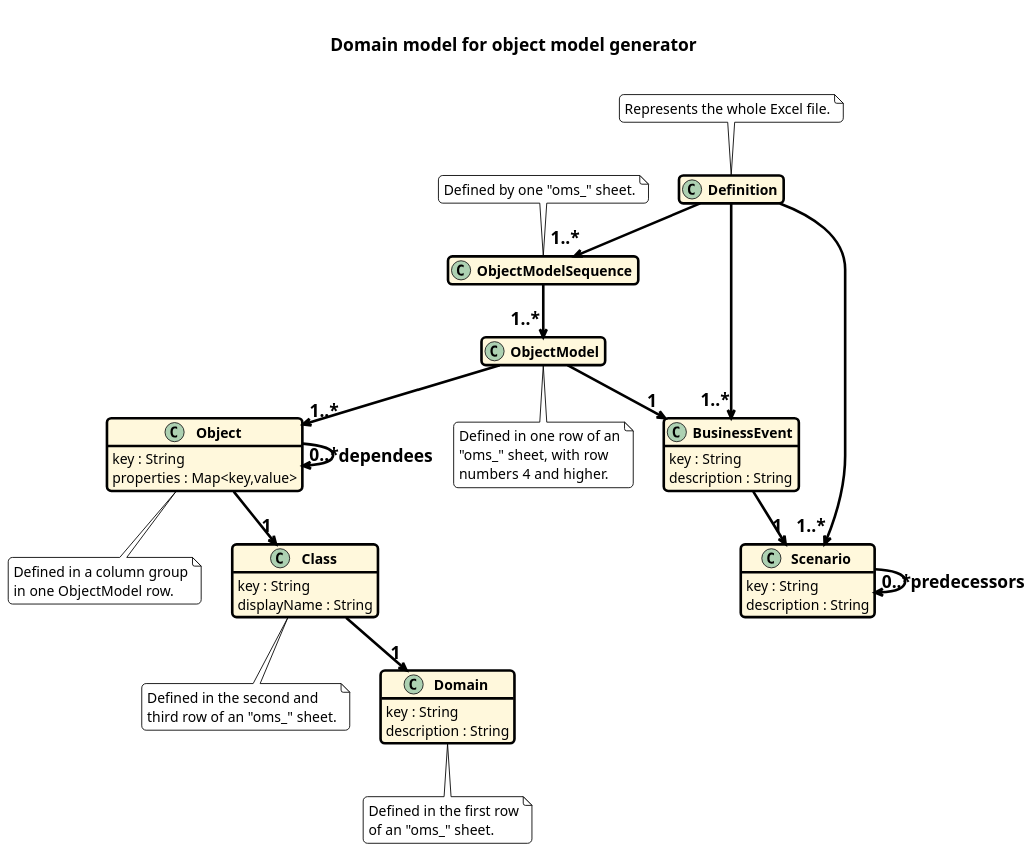
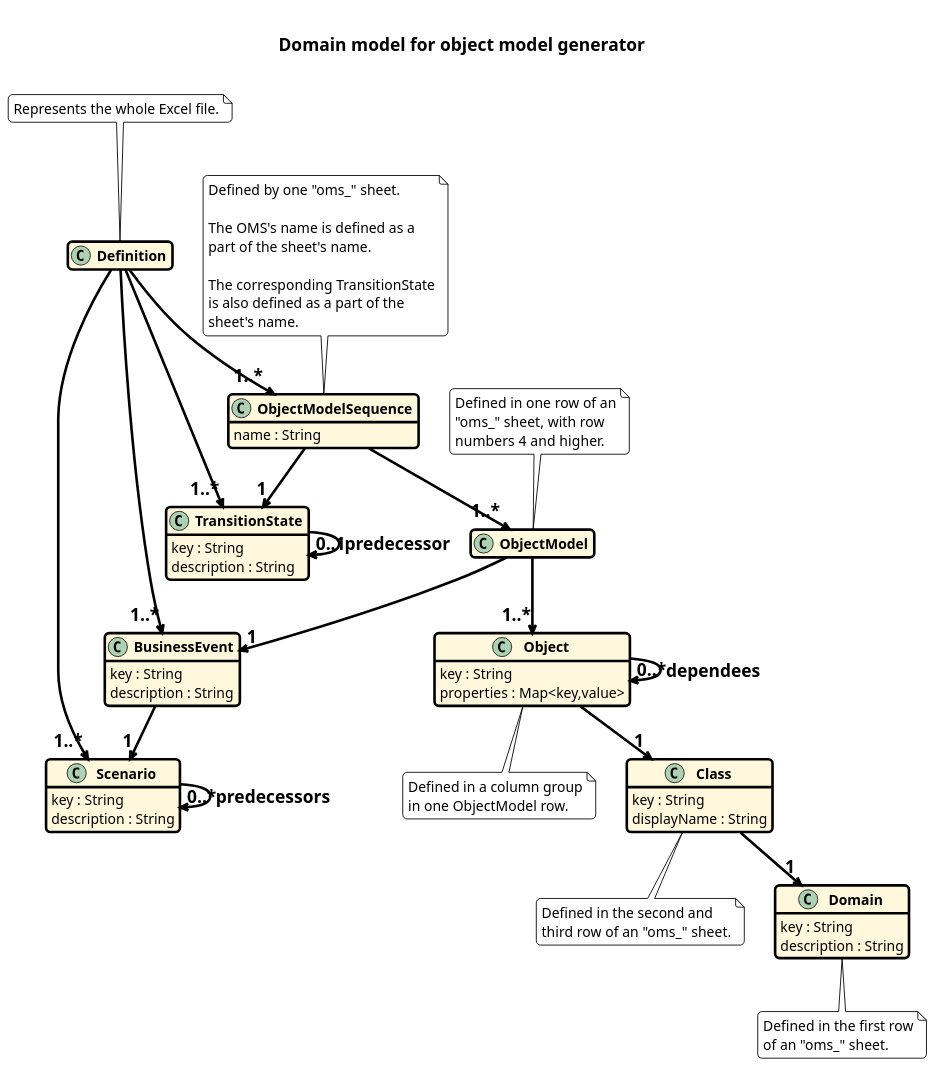
The diagram in src/main/resources/domainmodel.puml (martinleggewie/objectmodeldiagramgenerator), drawn with PlantUML before and after one commit. The commit also changed 5 other files, not shown here.

Commit message:
add transition state to domain model

```diff
--- a/src/main/resources/domainmodel.puml
+++ b/src/main/resources/domainmodel.puml
@@ -2,114 +2,131 @@
 @startuml domainmodel
 
 top to bottom direction
 'left to right direction
 
 skinparam shadowing false
 skinparam componentStyle uml2
 
 skinparam roundCorner 10
 
 skinparam classBackgroundColor #cornsilk
 skinparam classBorderColor #black
 skinparam classBorderThickness 3
 skinparam classFontSize 20
 skinparam classFontStyle bold
 skinparam classAttributeFontSize 16
 
 skinparam arrowColor #black
 skinparam arrowFontSize 20
 skinparam arrowFontStyle bold
 skinparam arrowThickness 3
 
 skinparam noteBackgroundColor #white
 skinparam noteBorderColor #black
 skinparam noteBorderThickness 1
 skinparam noteFontSize 16
 
 skinparam rectangleRoundCorner 20
 
 skinparam titleFontSize 20
 skinparam titleFontStyle bold
 
 
 hide empty members
 
 title \nDomain model for object model generator\n
 
 class " BusinessEvent " as BusinessEvent {
   key : String
   description : String
 }
 
 class " Class " as Class {
   key : String
   displayName : String
 }
 note bottom of Class
 Defined in the second and
 third row of an "oms_" sheet.
 end note
 
 class " Definition " as Definition {
 }
 note top of Definition
 Represents the whole Excel file.
 end note
 
 class " Domain " as Domain {
   key : String
   description : String
 }
 note bottom of Domain
 Defined in the first row
 of an "oms_" sheet.
 end note
 
 class " Object " as Object {
   key : String
   properties : Map<key,value>
 }
 note bottom of Object
 Defined in a column group
 in one ObjectModel row.
 end note
 
 class " ObjectModel " as ObjectModel {
 }
-note bottom of ObjectModel
+note top of ObjectModel
 Defined in one row of an
 "oms_" sheet, with row
 numbers 4 and higher.
 end note
 
 class " ObjectModelSequence " as ObjectModelSequence {
+  name : String
 }
 note top of ObjectModelSequence
 Defined by one "oms_" sheet.
+
+The OMS's name is defined as a
+part of the sheet's name.
+
+The corresponding TransitionState
+is also defined as a part of the
+sheet's name.
 end note
 
 class " Scenario " as Scenario {
+  key : String
+  description : String
+}
+
+class " TransitionState " as TransitionState {
   key : String
   description : String
 }
 
 
 BusinessEvent       --> "1"     Scenario
 
 Class               --> "1"     Domain
 
+Definition          --> "1..*"  Scenario
+Definition          --> "1..*"  BusinessEvent
+Definition          --> "1..*"  ObjectModelSequence
+Definition          --> "1..*"  TransitionState
+
 Object              --> "1"     Class
 Object              --> "0..*"  Object : dependees
 
 ObjectModel         --> "1..*"  Object
 ObjectModel         --> "1"     BusinessEvent
 
 ObjectModelSequence --> "1..*"  ObjectModel
-
-Definition          --> "1..*"  Scenario
-Definition          --> "1..*"  BusinessEvent
-Definition          --> "1..*"  ObjectModelSequence
+ObjectModelSequence --> "1"     TransitionState
 
 Scenario            --> "0..*"  Scenario : predecessors
 
+TransitionState     --> "0..1"  TransitionState : predecessor
+
 @enduml
```
